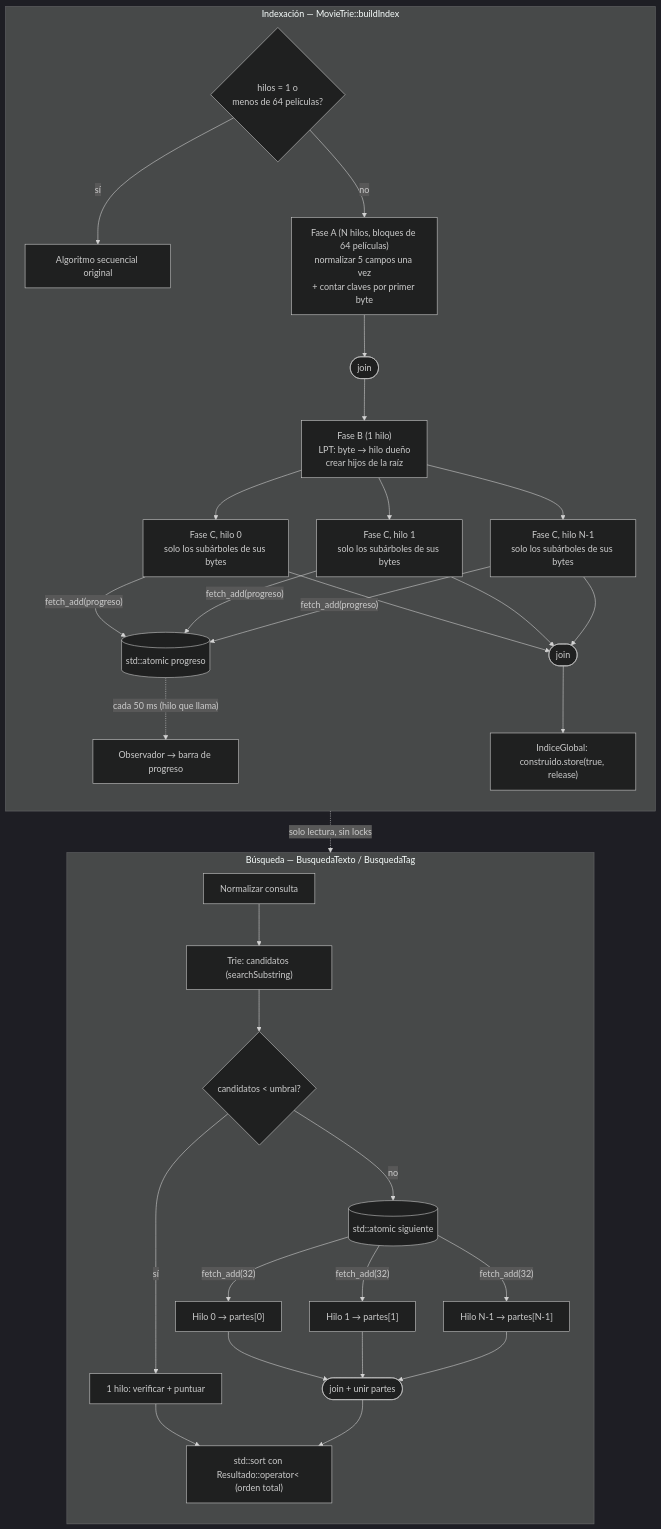
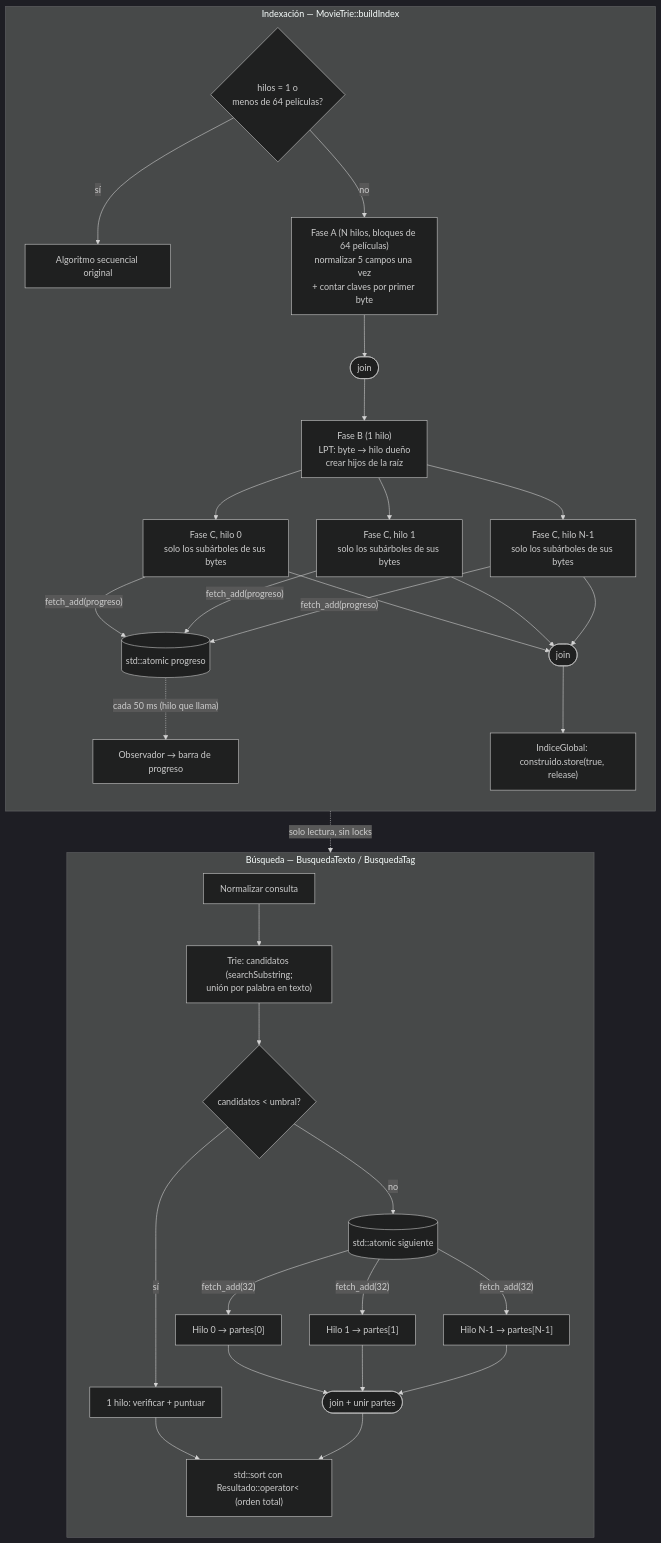
The diagram in docs/programacion_paralela.md (victorpalomino-lgtm/proyecto_final_progra3_1), drawn with Mermaid (dark theme) before and after one commit. The commit also changed other lines of this file, not shown here.

````diff
--- a/docs/programacion_paralela.md
+++ b/docs/programacion_paralela.md
@@ -113,35 +113,35 @@
 ```mermaid
 flowchart TD
     subgraph IDX["Indexación — MovieTrie::buildIndex"]
         direction TB
         I0{"hilos = 1 o<br/>menos de 64 películas?"}
         I0 -- sí --> SEQ["Algoritmo secuencial original"]
         I0 -- no --> A
         A["Fase A (N hilos, bloques de 64 películas)<br/>normalizar 5 campos una vez<br/>+ contar claves por primer byte"]
         A --> JA(["join"])
         JA --> B["Fase B (1 hilo)<br/>LPT: byte → hilo dueño<br/>crear hijos de la raíz"]
         B --> C1["Fase C, hilo 0<br/>solo los subárboles de sus bytes"]
         B --> C2["Fase C, hilo 1<br/>solo los subárboles de sus bytes"]
         B --> C3["Fase C, hilo N-1<br/>solo los subárboles de sus bytes"]
         C1 & C2 & C3 -- "fetch_add(progreso)" --> P[("std::atomic progreso")]
         P -. "cada 50 ms (hilo que llama)" .-> OBS["Observador → barra de progreso"]
         C1 & C2 & C3 --> JC(["join"])
         JC --> REL["IndiceGlobal: construido.store(true, release)"]
     end
 
     subgraph BUS["Búsqueda — BusquedaTexto / BusquedaTag"]
         direction TB
-        Q["Normalizar consulta"] --> T["Trie: candidatos (searchSubstring)"]
+        Q["Normalizar consulta"] --> T["Trie: candidatos (searchSubstring;<br/>unión por palabra en texto)"]
         T --> U{"candidatos < umbral?"}
         U -- sí --> S1["1 hilo: verificar + puntuar"]
         U -- no --> K[("std::atomic siguiente")]
         K -- "fetch_add(32)" --> W1["Hilo 0 → partes[0]"]
         K -- "fetch_add(32)" --> W2["Hilo 1 → partes[1]"]
         K -- "fetch_add(32)" --> W3["Hilo N-1 → partes[N-1]"]
         W1 & W2 & W3 --> JB(["join + unir partes"])
         S1 --> SORT
         JB --> SORT["std::sort con Resultado::operator< (orden total)"]
     end
 
     REL -. "solo lectura, sin locks" .-> T
 ```
````
